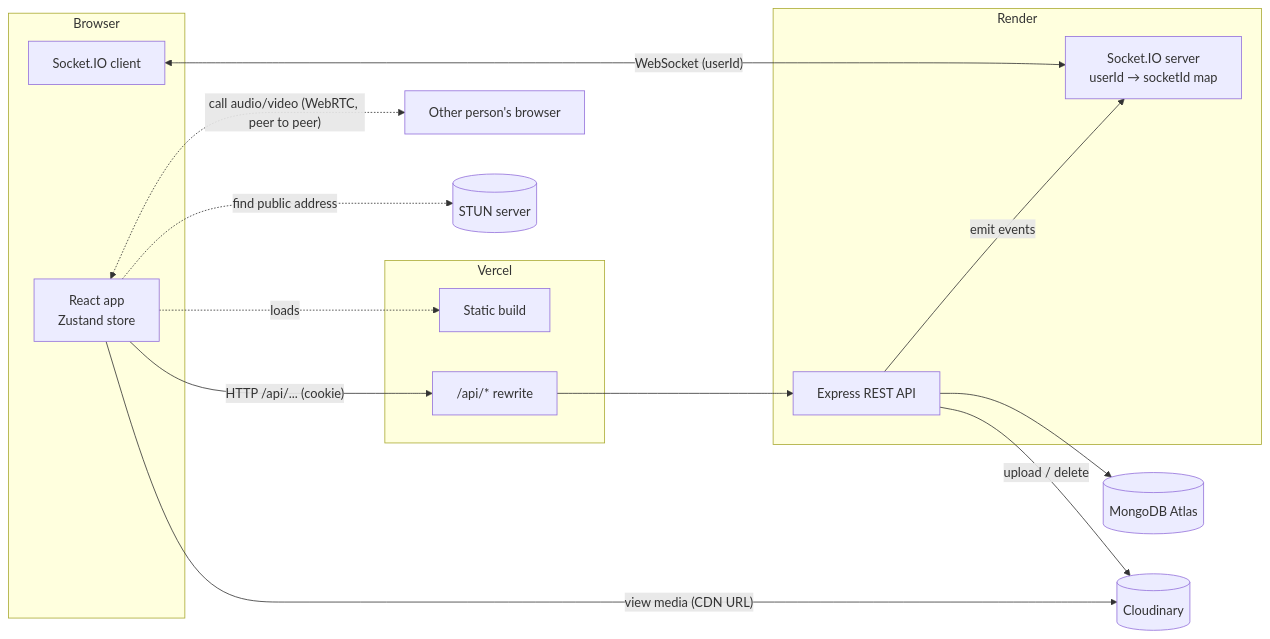
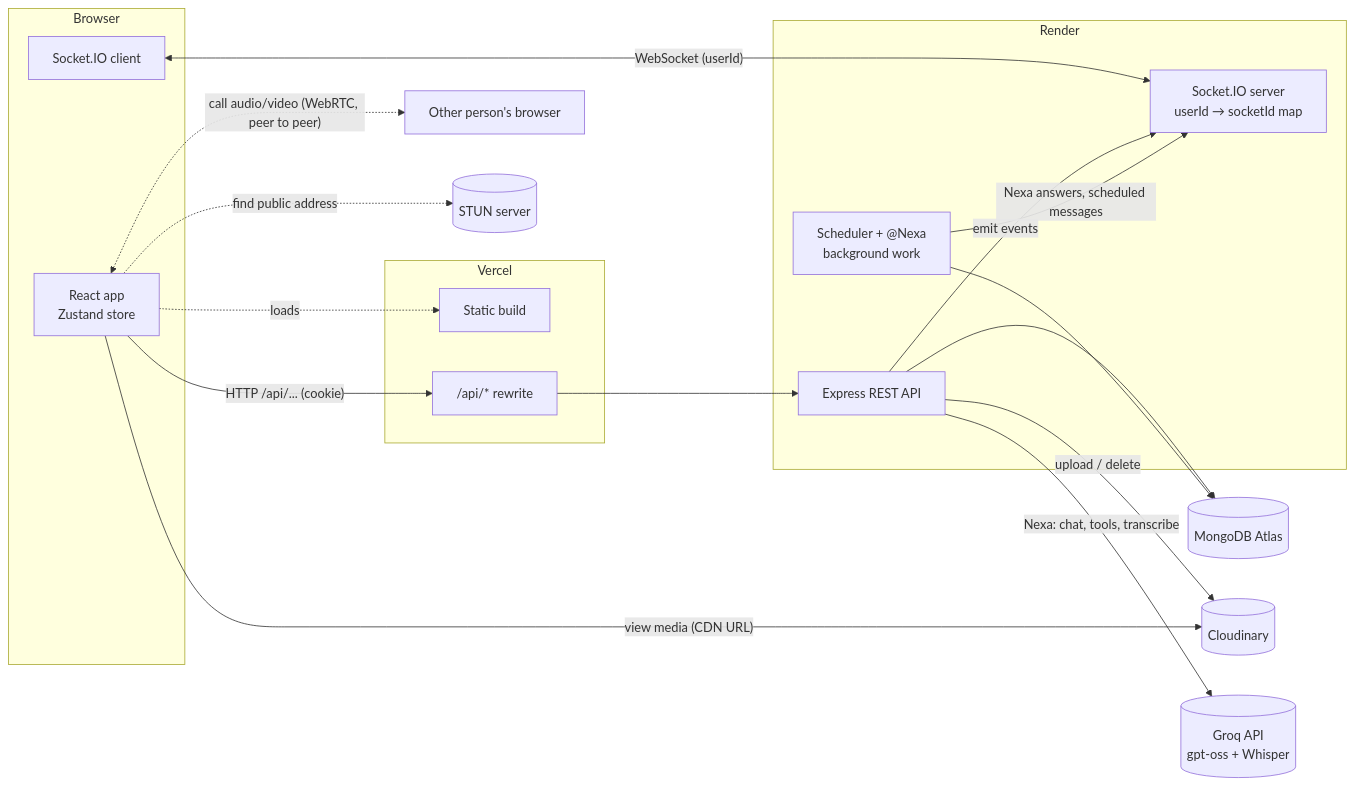
One commit to Arjun-SN04/Kova changed the first of 5 diagrams in README.md. Above: the diagram before and after it, drawn with Mermaid. The commit also changed other lines of this file and 93 other files, not shown here.

````diff
--- a/README.md
+++ b/README.md
@@ -176,30 +204,35 @@
 ```mermaid
 flowchart LR
     subgraph Browser
         UI[React app<br/>Zustand store]
         SC[Socket.IO client]
     end
 
     subgraph Vercel
         STATIC[Static build]
         PROXY["/api/* rewrite"]
     end
 
     subgraph Render
         API[Express REST API]
         IO[Socket.IO server<br/>userId → socketId map]
+        JOBS[Scheduler + @Nexa<br/>background work]
     end
 
     DB[(MongoDB Atlas)]
     CDN[(Cloudinary)]
+    GROQ[(Groq API<br/>gpt-oss + Whisper)]
 
     UI -- "HTTP /api/... (cookie)" --> PROXY --> API
     UI -. loads .-> STATIC
     SC <-- "WebSocket (userId)" --> IO
     API --> DB
     API -- "upload / delete" --> CDN
     UI -- "view media (CDN URL)" --> CDN
     API -- "emit events" --> IO
+    API -- "Nexa: chat, tools, transcribe" --> GROQ
+    JOBS --> DB
+    JOBS -- "Nexa answers, scheduled messages" --> IO
     UI <-. "call audio/video (WebRTC, peer to peer)" .-> PEER[Other person's browser]
     UI -. "find public address" .-> STUN[(STUN server)]
 ```
````
